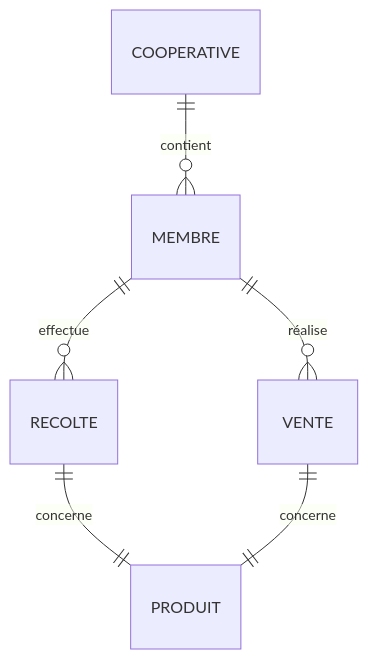
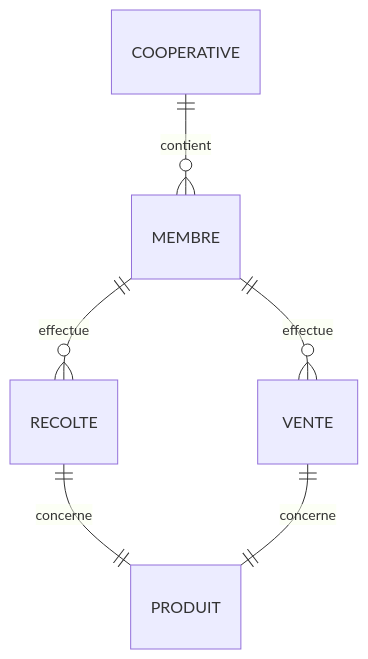
The third of 6 diagrams in DossierConceptionEtArchitecture.md (sanogotech/githubProjectsStarter), drawn with Mermaid before and after one commit. The commit also changed other lines of this file, not shown here.

````diff
--- a/DossierConceptionEtArchitecture.md
+++ b/DossierConceptionEtArchitecture.md
@@ -60,8 +77,8 @@
 ```mermaid
 erDiagram
     COOPERATIVE ||--o{ MEMBRE : contient
     MEMBRE ||--o{ RECOLTE : effectue
-    MEMBRE ||--o{ VENTE : réalise
+    MEMBRE ||--o{ VENTE : effectue
     RECOLTE ||--|| PRODUIT : concerne
     VENTE ||--|| PRODUIT : concerne
 ```
````
